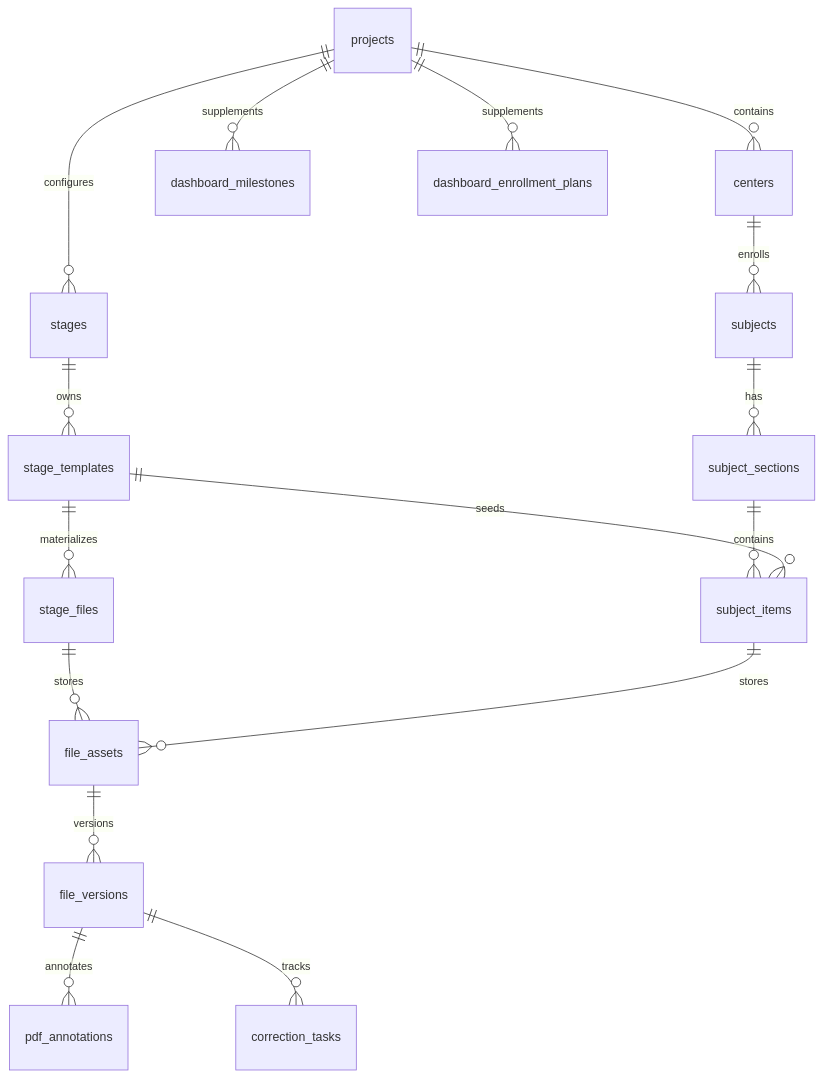
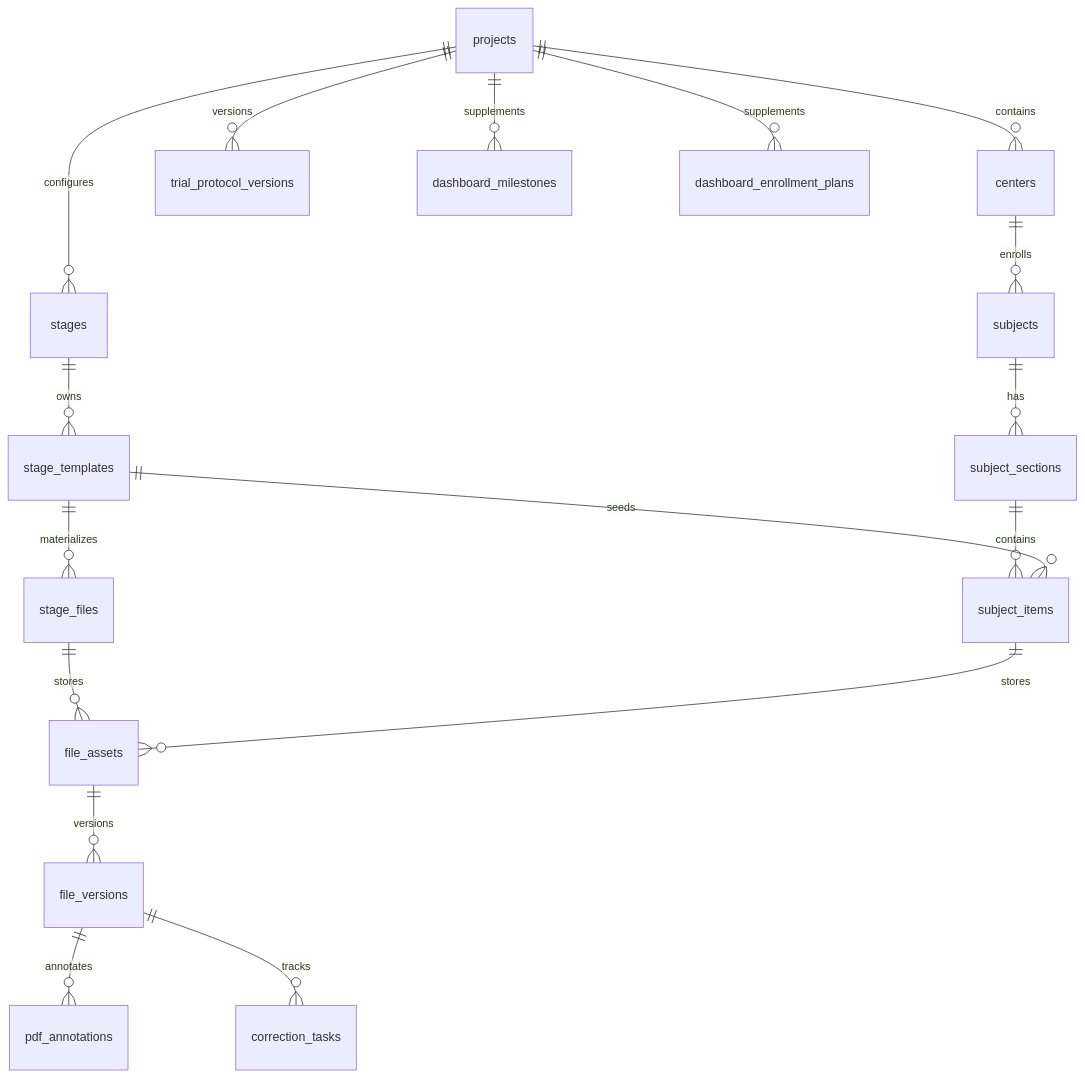
The diagram in docs/database_field_design.md (cafelemon/clinical-data-system), drawn with Mermaid before and after one commit. The commit also changed other lines of this file and 17 other files, not shown here.

Commit message:
Add trial protocol parsing and project initialization

````diff
--- a/docs/database_field_design.md
+++ b/docs/database_field_design.md
@@ -9,18 +9,19 @@
 ```mermaid
 erDiagram
   projects ||--o{ centers : contains
+  projects ||--o{ trial_protocol_versions : versions
   projects ||--o{ stages : configures
   stages ||--o{ stage_templates : owns
   centers ||--o{ subjects : enrolls
   subjects ||--o{ subject_sections : has
   subject_sections ||--o{ subject_items : contains
   stage_templates ||--o{ stage_files : materializes
   stage_templates ||--o{ subject_items : seeds
   stage_files ||--o{ file_assets : stores
   subject_items ||--o{ file_assets : stores
   file_assets ||--o{ file_versions : versions
   file_versions ||--o{ pdf_annotations : annotates
   file_versions ||--o{ correction_tasks : tracks
   projects ||--o{ dashboard_milestones : supplements
   projects ||--o{ dashboard_enrollment_plans : supplements
 ```
````
